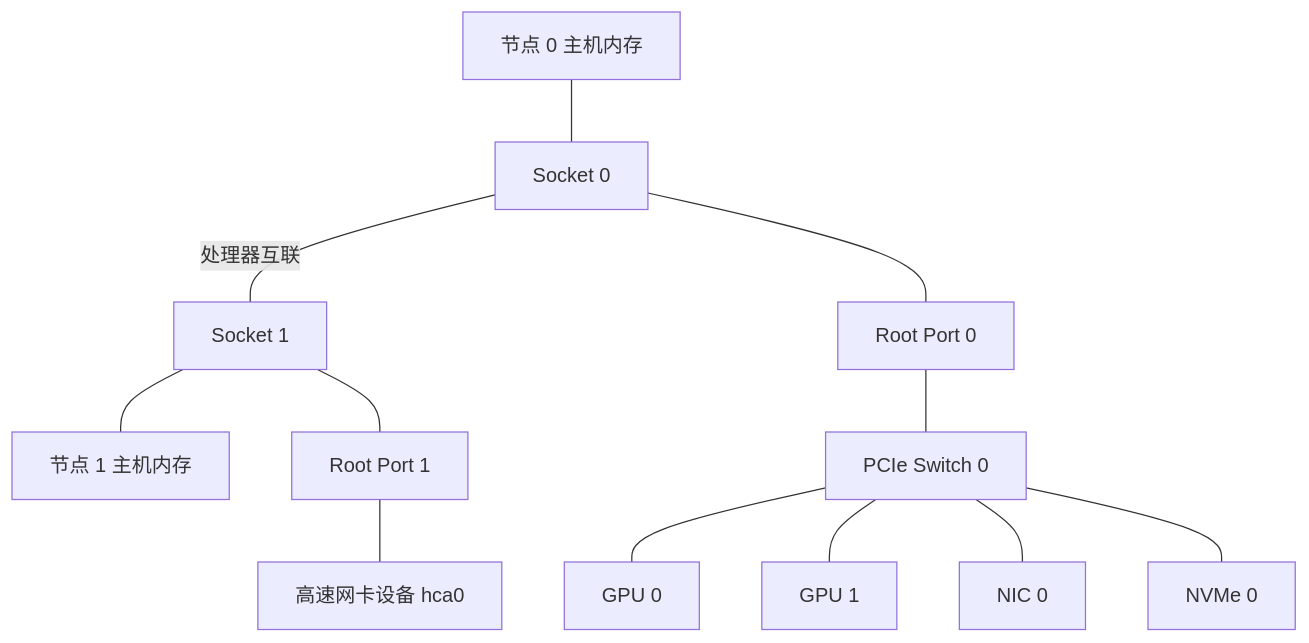
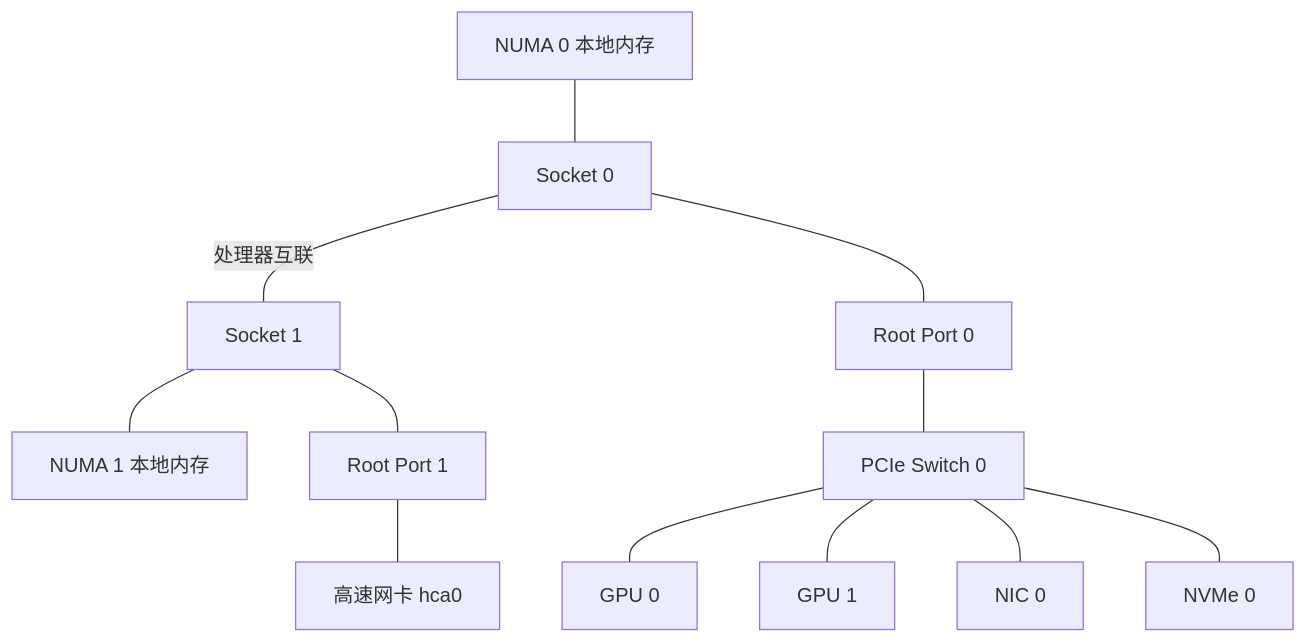
One commit to realtyz/ops-manual changed the diagram in AI-Infra/01_从一台GPU服务器认识基础设施/02_PCIe 拓扑、NUMA 亲和与共享上行带宽.md. Above: the diagram before and after it, drawn with Mermaid. The commit also changed other lines of this file and 194 other files, not shown here.

````diff
--- a/AI-Infra/01_从一台GPU服务器认识基础设施/02_PCIe 拓扑、NUMA 亲和与共享上行带宽.md
+++ b/AI-Infra/01_从一台GPU服务器认识基础设施/02_PCIe 拓扑、NUMA 亲和与共享上行带宽.md
@@ -8,14 +16,15 @@
 ```mermaid
 flowchart TB
-    M0["节点 0 主机内存"] --- C0["Socket 0"]
+    accDescr: 双路服务器的 PCIe 桥树结构。Socket 0 经 Root Port 0 连接 PCIe Switch 0，下挂 GPU 0、GPU 1、NIC 0 与 NVMe 0；Socket 1 经 Root Port 1 直连高速网卡 hca0；两颗 CPU 各自连接本地主机内存并通过处理器互联相连。
+    M0["NUMA 0 本地内存"] --- C0["Socket 0"]
     C0 ---|处理器互联| C1["Socket 1"]
-    C1 --- M1["节点 1 主机内存"]
+    C1 --- M1["NUMA 1 本地内存"]
     C0 --- R0["Root Port 0"]
     R0 --- S0["PCIe Switch 0"]
     S0 --- G0["GPU 0"]
     S0 --- G1["GPU 1"]
     S0 --- N0["NIC 0"]
     S0 --- D0["NVMe 0"]
     C1 --- R1["Root Port 1"]
-    R1 --- H0["高速网卡设备 hca0"]
+    R1 --- H0["高速网卡 hca0"]
 ```
````
